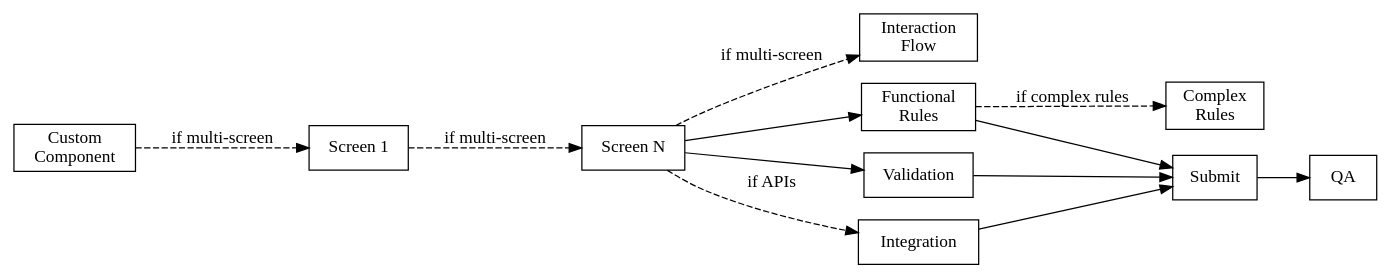
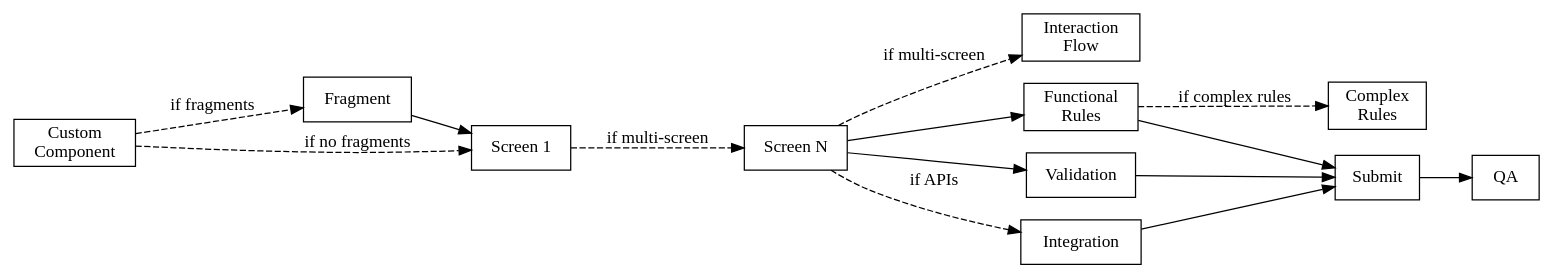
One commit to adobe-rnd/forms-skills changed the diagram in plugins/adaptive-forms-authoring/skills/forms-orchestrator/references/planner/assets/GUARDRAILS.md. Above: the diagram before and after it, drawn with Graphviz. The commit also changed other lines of this file and 4 other files, not shown here.

````diff
--- a/plugins/adaptive-forms-authoring/skills/forms-orchestrator/references/planner/assets/GUARDRAILS.md
+++ b/plugins/adaptive-forms-authoring/skills/forms-orchestrator/references/planner/assets/GUARDRAILS.md
@@ -47,27 +50,31 @@
 ```dot
 digraph plan_order {
   rankdir=LR;
   node [shape=box];
 
   CC  [label="Custom\nComponent"];
+  FRAG [label="Fragment"];
   S1  [label="Screen 1"];
   SN  [label="Screen N"];
   IF  [label="Interaction\nFlow"];
   FR  [label="Functional\nRules"];
   CR  [label="Complex\nRules"];
   VL  [label="Validation"];
   IN  [label="Integration"];
   SB  [label="Submit"];
   QA  [label="QA"];
 
-  CC -> S1 -> SN -> IF [style=dashed, label="if multi-screen"];
+  CC -> FRAG [style=dashed, label="if fragments"];
+  CC -> S1   [style=dashed, label="if no fragments"];
+  FRAG -> S1;
+  S1 -> SN -> IF [style=dashed, label="if multi-screen"];
   SN -> FR;
   FR -> CR [style=dashed, label="if complex rules"];
   SN -> VL;
   SN -> IN [style=dashed, label="if APIs"];
   IN -> SB;
   VL -> SB;
   FR -> SB;
   SB -> QA;
 }
 ```
````
